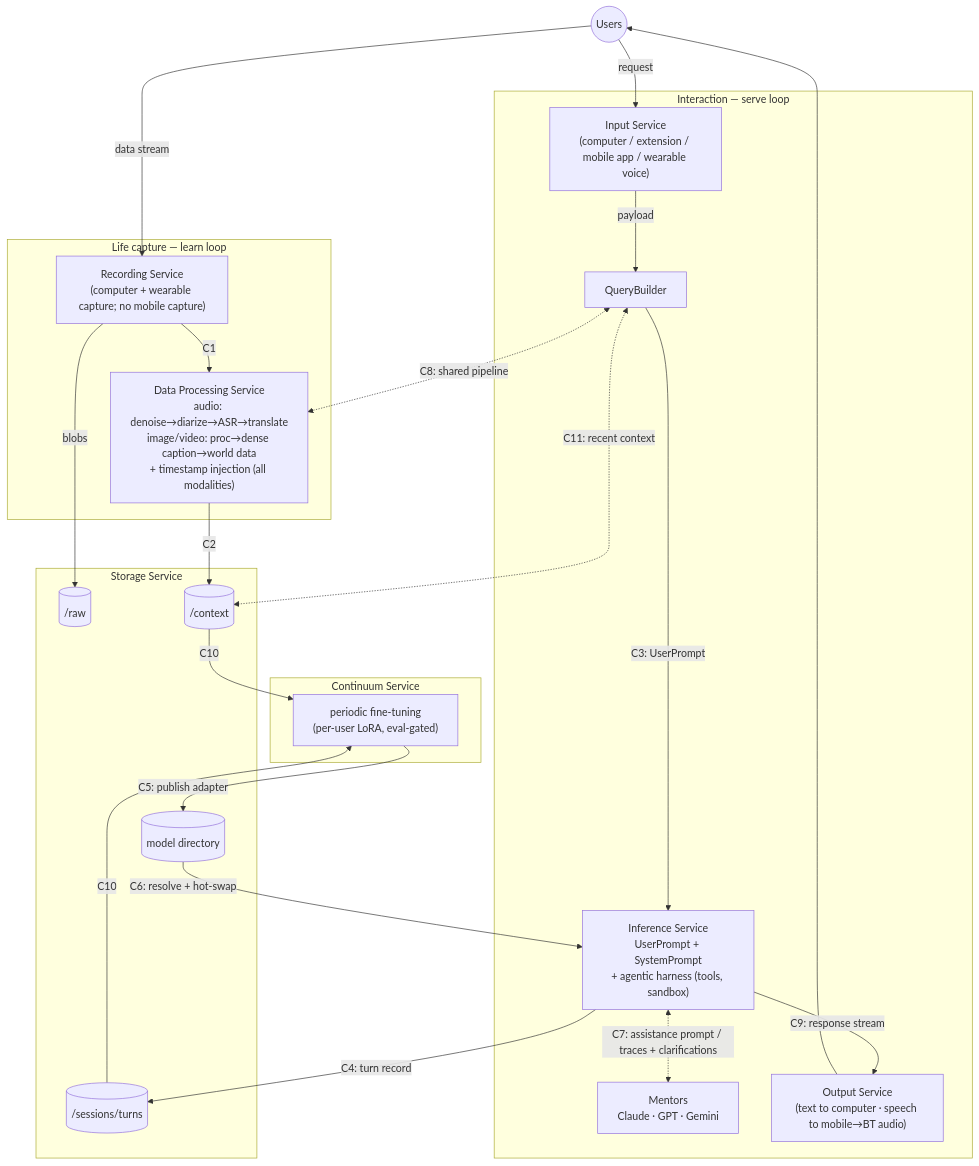
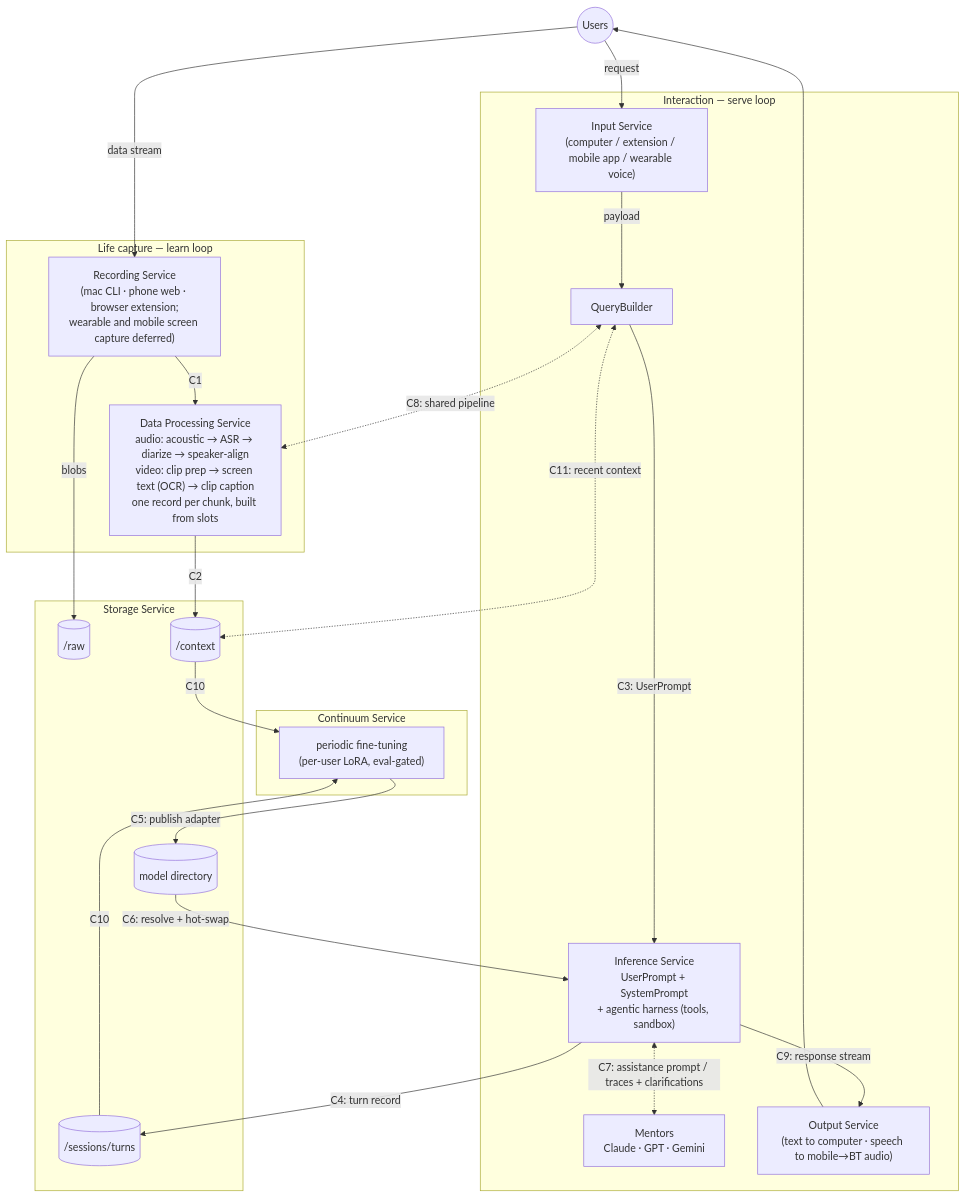
Before and after one commit to nmnWithNucleus/continual-learning: the diagram in product/ARCHITECTURE.md, drawn with Mermaid. The commit also changed other lines of this file and 2 other files, not shown here.

````diff
--- a/product/ARCHITECTURE.md
+++ b/product/ARCHITECTURE.md
@@ -52,41 +52,41 @@
 ```mermaid
 flowchart TD
   U((Users))
 
   subgraph capture [Life capture — learn loop]
-    RS["Recording Service<br/>(computer + wearable capture; no mobile capture)"]
-    DPS["Data Processing Service<br/>audio: denoise→diarize→ASR→translate<br/>image/video: proc→dense caption→world data<br/>+ timestamp injection (all modalities)"]
+    RS["Recording Service<br/>(mac CLI · phone web · browser extension;<br/>wearable and mobile screen capture deferred)"]
+    DPS["Data Processing Service<br/>audio: acoustic → ASR → diarize → speaker-align<br/>video: clip prep → screen text (OCR) → clip caption<br/>one record per chunk, built from slots"]
   end
 
   subgraph interact [Interaction — serve loop]
     IS["Input Service<br/>(computer / extension / mobile app / wearable voice)"]
     QB[QueryBuilder]
     INF["Inference Service<br/>UserPrompt + SystemPrompt<br/>+ agentic harness (tools, sandbox)"]
     MEN["Mentors<br/>Claude · GPT · Gemini"]
     OS["Output Service<br/>(text to computer · speech to mobile→BT audio)"]
   end
 
   subgraph data [Storage Service]
     RAW[("/raw")]
     CTX[("/context")]
     SES[("/sessions/turns")]
     MD[("model directory")]
   end
 
   subgraph learn [Continuum Service]
     FT["periodic fine-tuning<br/>(per-user LoRA, eval-gated)"]
   end
 
   U -- data stream --> RS -- C1 --> DPS -- C2 --> CTX
   RS -- blobs --> RAW
   U -- request --> IS -- payload --> QB -- C3: UserPrompt --> INF
   QB <-. C8: shared pipeline .-> DPS
   QB <-. C11: recent context .-> CTX
   INF -- C4: turn record --> SES
   INF <-. "C7: assistance prompt / traces + clarifications" .-> MEN
   INF -- C9: response stream --> OS --> U
   CTX -- C10 --> FT
   SES -- C10 --> FT
   FT -- C5: publish adapter --> MD
   MD -- C6: resolve + hot-swap --> INF
 ```
````
